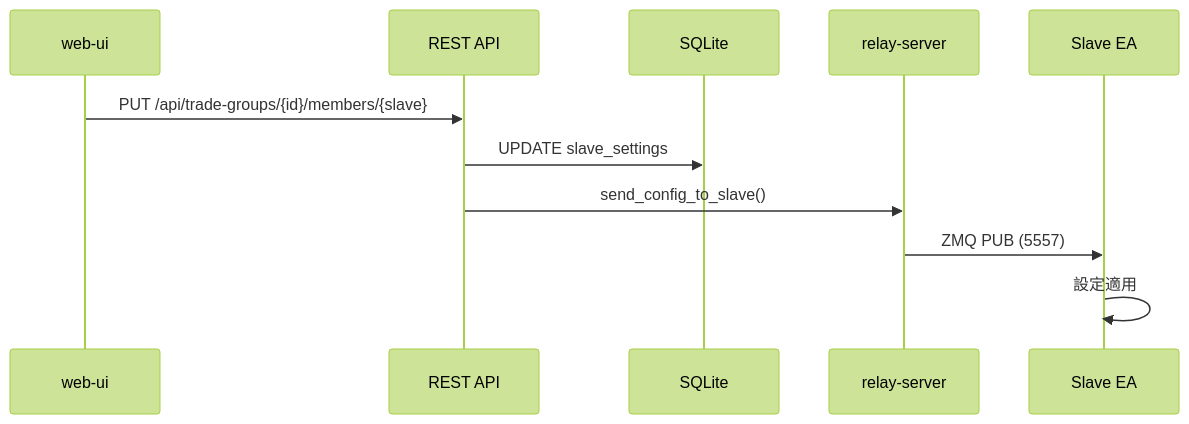
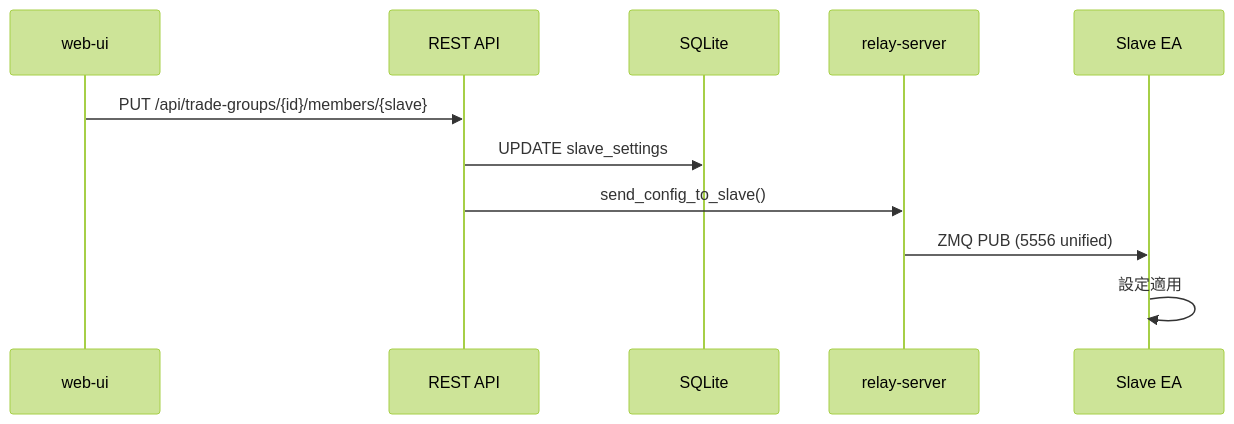
Before and after one commit to poruru210/sankey-copier: the fourth of 13 diagrams in docs/README.md, drawn with Mermaid (forest theme). The commit also changed other lines of this file and 35 other files, not shown here.

````diff
--- a/docs/README.md
+++ b/docs/README.md
@@ -180,14 +176,14 @@
 ```mermaid
 sequenceDiagram
     participant UI as web-ui
     participant API as REST API
     participant DB as SQLite
     participant RS as relay-server
     participant EA as Slave EA
 
     UI->>API: PUT /api/trade-groups/{id}/members/{slave}
     API->>DB: UPDATE slave_settings
     API->>RS: send_config_to_slave()
-    RS->>EA: ZMQ PUB (5557)
+    RS->>EA: ZMQ PUB (5556 unified)
     EA->>EA: 設定適用
 ```
````
